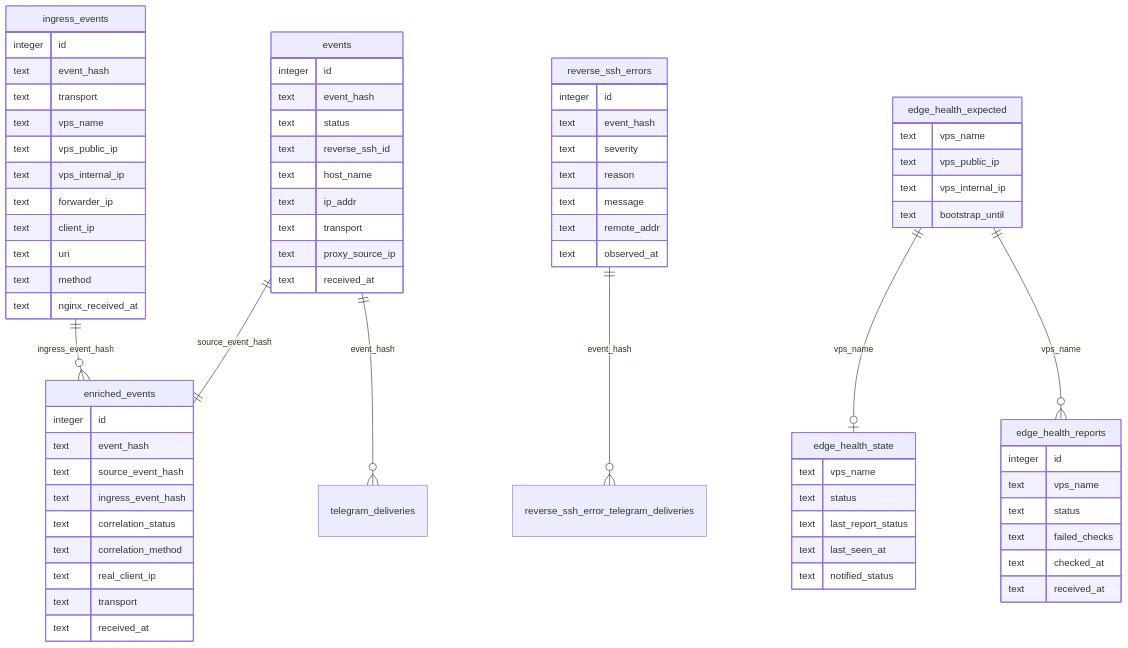
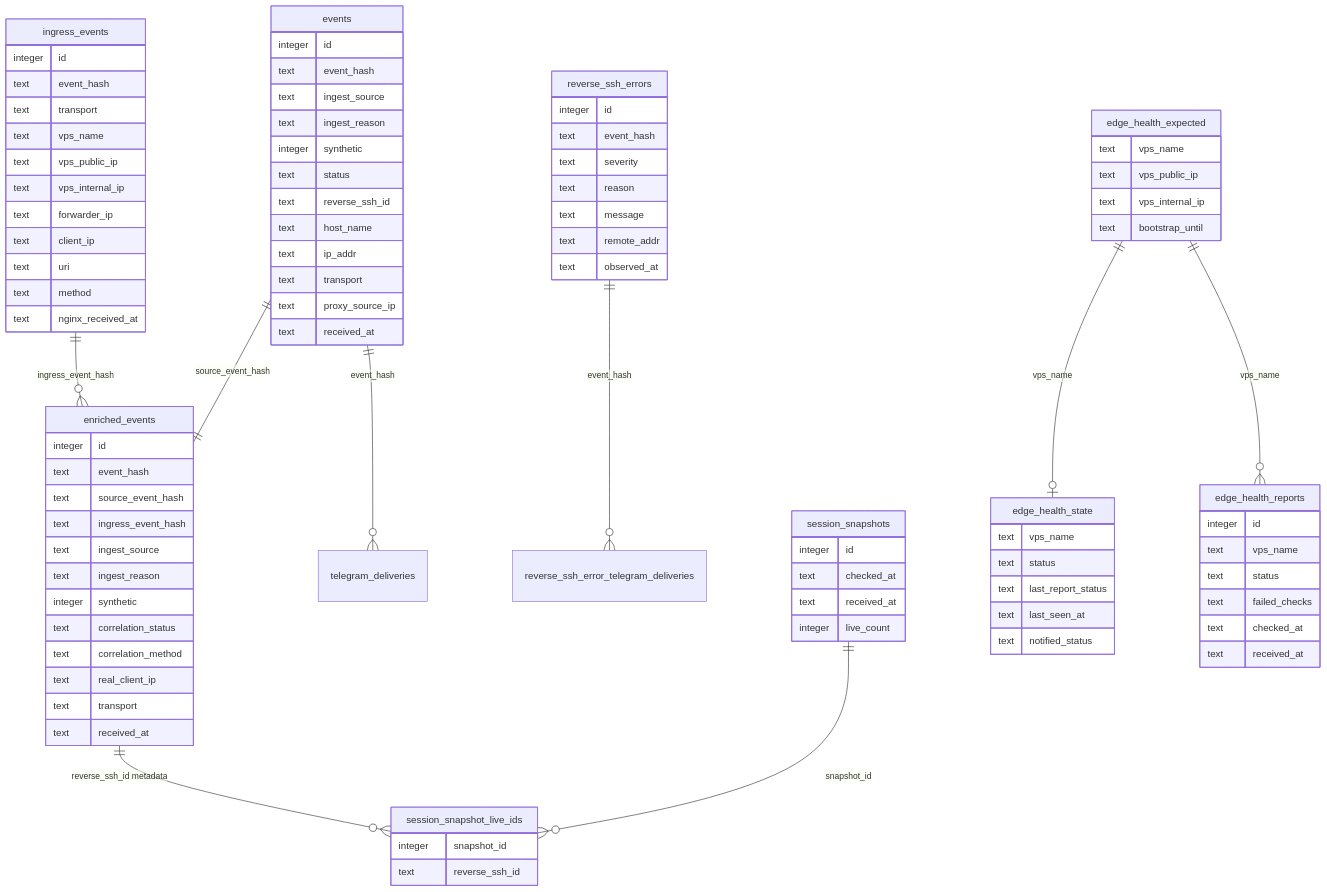
Before and after one commit to durck/reverse_logger: diagram 15 of 16 in docs/architecture.md, drawn with Mermaid. The commit also changed other lines of this file and 3 other files, not shown here.

Commit message:
docs: update monitoring architecture

```diff
--- a/docs/architecture.md
+++ b/docs/architecture.md
@@ -427,12 +473,17 @@
     ingress_events ||--o{ enriched_events : "ingress_event_hash"
     events ||--o{ telegram_deliveries : "event_hash"
     reverse_ssh_errors ||--o{ reverse_ssh_error_telegram_deliveries : "event_hash"
+    session_snapshots ||--o{ session_snapshot_live_ids : "snapshot_id"
+    enriched_events ||--o{ session_snapshot_live_ids : "reverse_ssh_id metadata"
     edge_health_expected ||--o| edge_health_state : "vps_name"
     edge_health_expected ||--o{ edge_health_reports : "vps_name"
 
     events {
         integer id
         text event_hash
+        text ingest_source
+        text ingest_reason
+        integer synthetic
         text status
         text reverse_ssh_id
         text host_name
@@ -461,6 +512,9 @@
         text event_hash
         text source_event_hash
         text ingress_event_hash
+        text ingest_source
+        text ingest_reason
+        integer synthetic
         text correlation_status
         text correlation_method
         text real_client_ip
@@ -476,6 +530,18 @@
         text message
         text remote_addr
         text observed_at
+    }
+
+    session_snapshots {
+        integer id
+        text checked_at
+        text received_at
+        integer live_count
+    }
+
+    session_snapshot_live_ids {
+        integer snapshot_id
+        text reverse_ssh_id
     }
 
     edge_health_expected {
```
